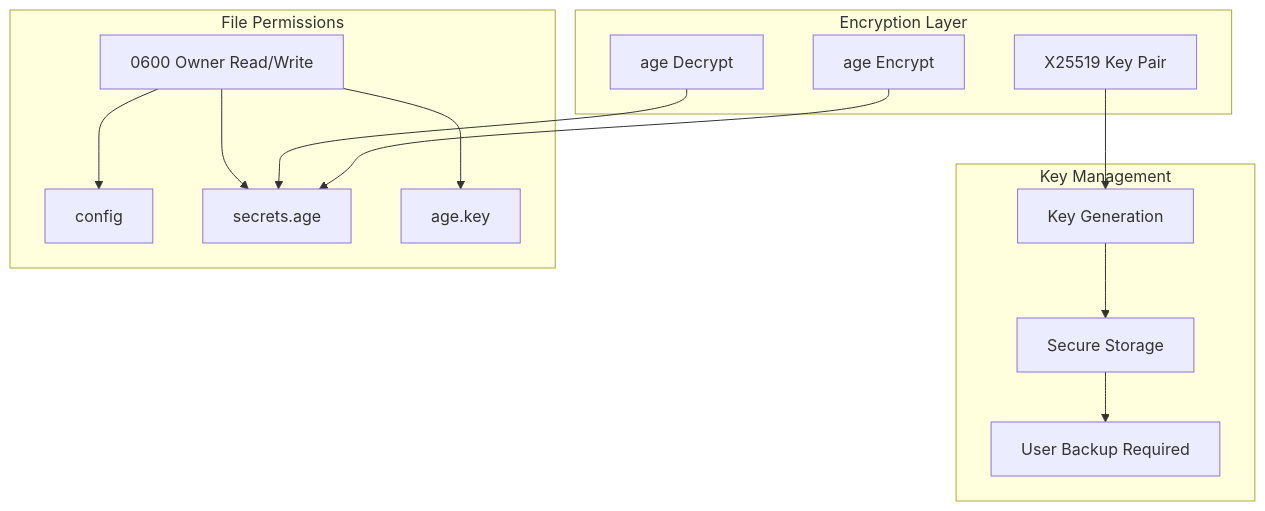
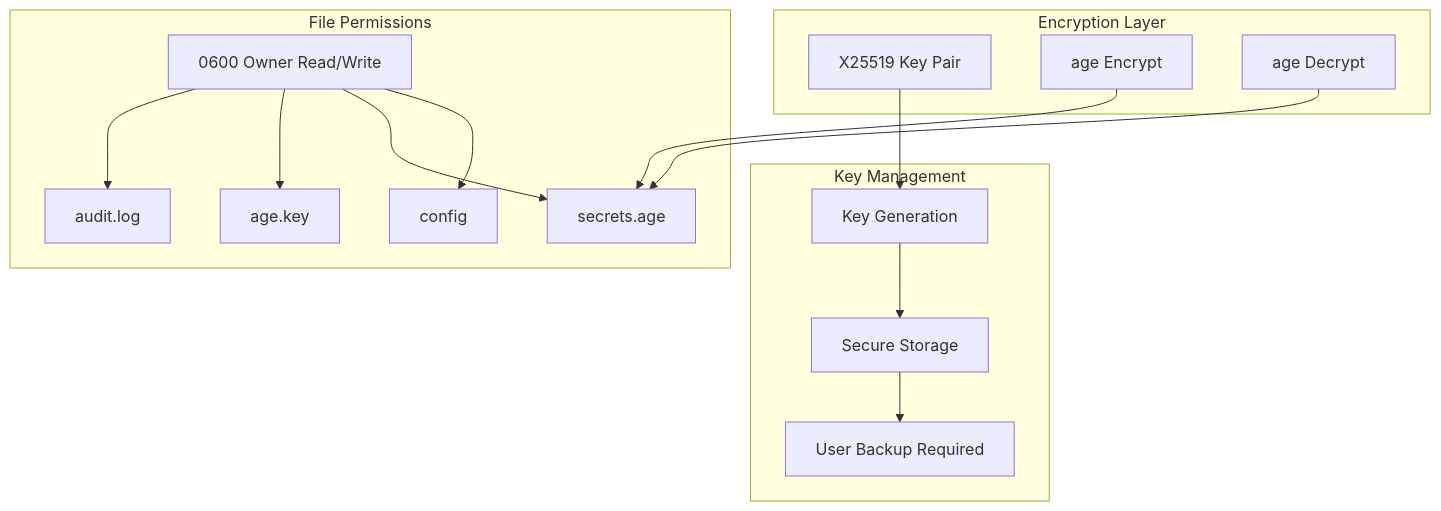
Before and after one commit to dkmnx/kairo: the fourth of 6 diagrams in docs/architecture/README.md, drawn with Mermaid. The commit also changed other lines of this file and 5 other files, not shown here.

First line of the commit message:
docs: update documentation for audit feature and architecture

````diff
--- a/docs/architecture/README.md
+++ b/docs/architecture/README.md
@@ -121,30 +140,32 @@
 ```mermaid
 flowchart TB
     subgraph Encryption Layer
         X25519[X25519 Key Pair]
         AgeEncrypt[age Encrypt]
         AgeDecrypt[age Decrypt]
     end
 
     subgraph Key Management
         Generate[Key Generation]
         Store[Secure Storage]
         Backup[User Backup Required]
     end
 
     subgraph File Permissions
         Perms[0600 Owner Read/Write]
         ConfigFile[config]
         SecretsFile[secrets.age]
         KeyFile[age.key]
+        AuditFile[audit.log]
     end
 
     X25519 --> Generate
     Generate --> Store
     Store --> Backup
     AgeEncrypt --> SecretsFile
     AgeDecrypt --> SecretsFile
     Perms --> ConfigFile
     Perms --> SecretsFile
     Perms --> KeyFile
+    Perms --> AuditFile
 ```
````
